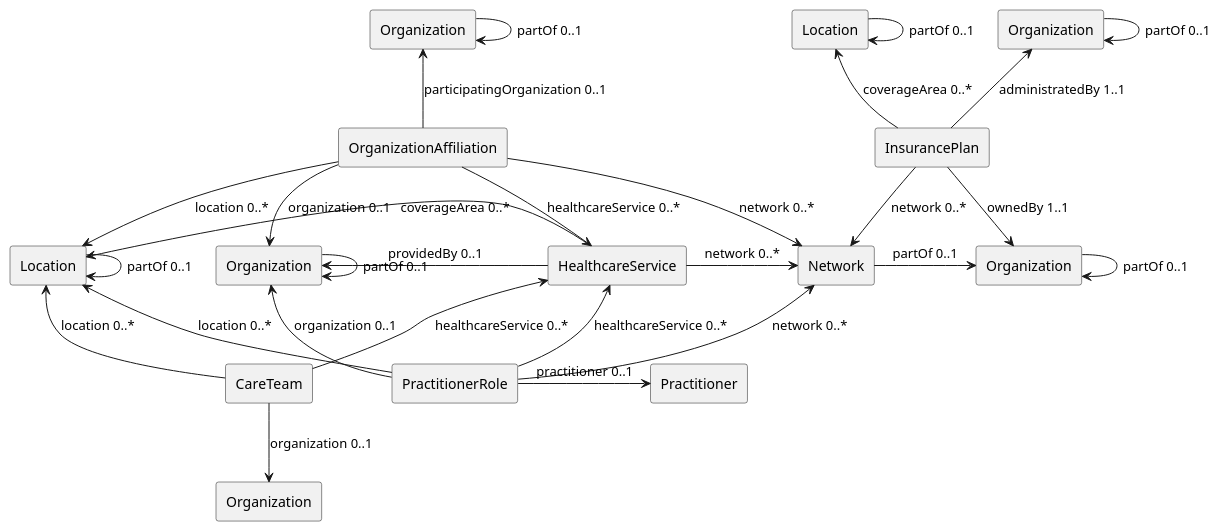
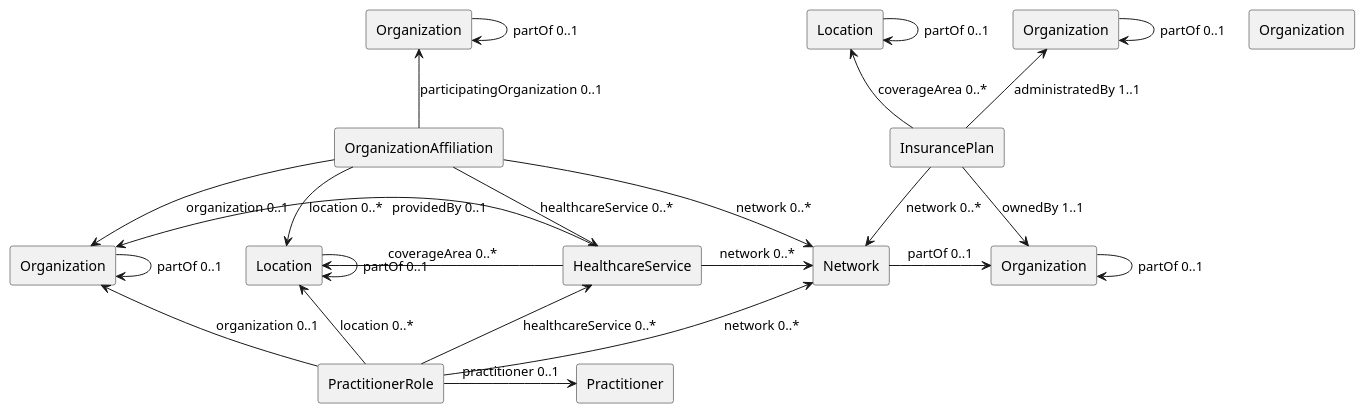
Before and after one commit to HL7/fhir-us-ndh: the diagram in input/images-source/RelResource.plantuml, drawn with PlantUML. The commit also changed 17 other files, not shown here.

Commit message:
remove a few remaining CareTeam references

```diff
--- a/input/images-source/RelResource.plantuml
+++ b/input/images-source/RelResource.plantuml
@@ -1,57 +1,53 @@
 @startuml
 
 agent OrganizationAffiliation as orgAff
 agent Organization as orgIns1
 agent Organization as orgIns2
 agent Organization as orgOrgAff
 agent Organization as orgOrgPrac
 agent Location as locIns 
 agent Location as locOrgPrac  
 agent Network as network
 agent HealthcareService as service
 agent InsurancePlan as insurance
 agent PractitionerRole as pracRole
 agent Practitioner as practitioner
-agent CareTeam as careTeam
 agent Organization as careTeamOrg
 
 pracRole -up-> network: "network 0..*"
 pracRole -up-> orgOrgPrac: "organization 0..1"
 pracRole -up-> service: "healthcareService 0..*"
 service -left->orgOrgPrac: "providedBy 0..1"
 service -left->locOrgPrac: "coverageArea 0..*"
 service -right->network: "network 0..*"
 pracRole -up-> locOrgPrac: "location 0..*"
 orgAff -down-> network: "network 0..*"
 orgAff -down-> orgOrgPrac: "organization 0..1"
 orgAff -down-> service: "healthcareService 0..*"
 orgAff -down-> locOrgPrac: "location 0..*"
 
 
 orgAff -up-> orgOrgAff: "participatingOrganization 0..1"
 insurance -down-> network: "network 0..*"
 insurance -up-> locIns: "coverageArea 0..*"
 insurance -up-> orgIns2: "administratedBy 1..1"
 insurance -down-> orgIns1: "ownedBy 1..1"
 network -right-> orgIns1: "partOf 0..1"
 
 pracRole -right-> practitioner: "practitioner 0..1"
 
 locOrgPrac -right-> locOrgPrac : "partOf 0..1"
 locIns -right-> locIns : "partOf 0..1"
 orgOrgPrac -right-> orgOrgPrac : "partOf 0..1"
 orgIns1 -right-> orgIns1 : "partOf 0..1"
 orgIns2 -right-> orgIns2 : "partOf 0..1"
 orgOrgAff -right-> orgOrgAff : "partOf 0..1"
 
-careTeam -up-> locOrgPrac: "location 0..*"
-careTeam -up-> service: "healthcareService 0..*"
-careTeam -down-> careTeamOrg : "organization 0..1"
 
 
 
 
 
 
 
 @enduml
```
